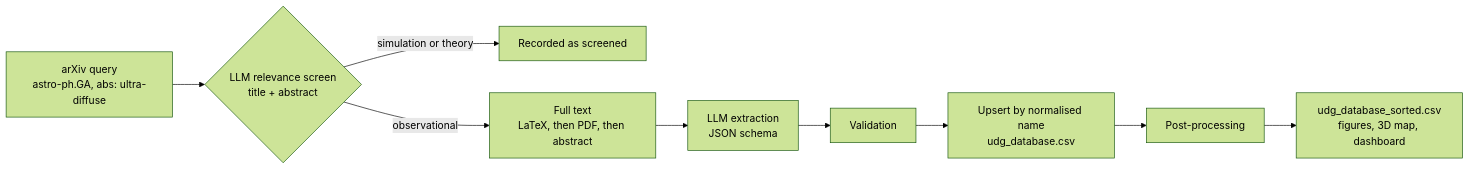
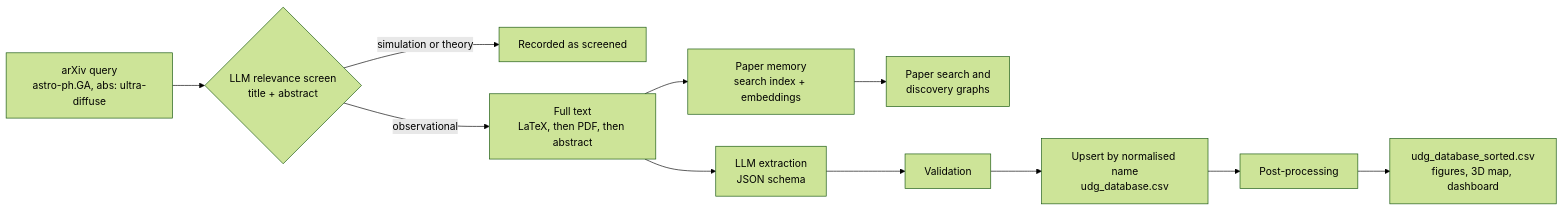
One commit to xueromll/udg-catalogue changed the diagram in README.md. Above: the diagram before and after it, drawn with Mermaid (forest theme). The commit also changed other lines of this file and 28 other files, not shown here.

````diff
--- a/README.md
+++ b/README.md
@@ -76,11 +81,13 @@
 ```mermaid
 flowchart LR
     A["arXiv query<br/>astro-ph.GA, abs: ultra-diffuse"] --> B{"LLM relevance screen<br/>title + abstract"}
     B -- "simulation or theory" --> X["Recorded as screened"]
     B -- "observational" --> C["Full text<br/>LaTeX, then PDF, then abstract"]
+    C --> M["Paper memory<br/>search index + embeddings"]
+    M --> S["Paper search and<br/>discovery graphs"]
     C --> D["LLM extraction<br/>JSON schema"]
     D --> E["Validation"]
     E --> F["Upsert by normalised name<br/>udg_database.csv"]
     F --> G["Post-processing"]
     G --> H["udg_database_sorted.csv<br/>figures, 3D map, dashboard"]
 ```
````
